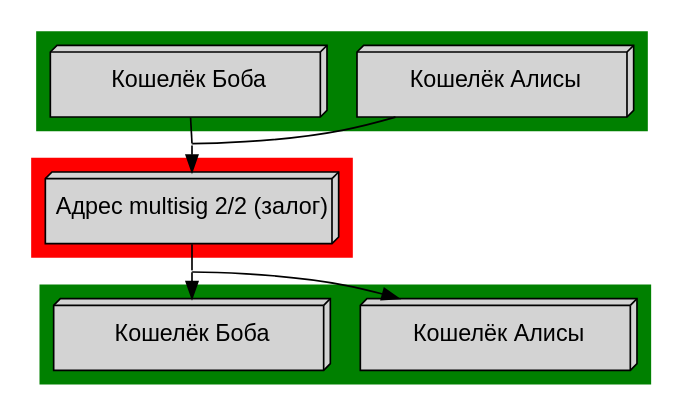
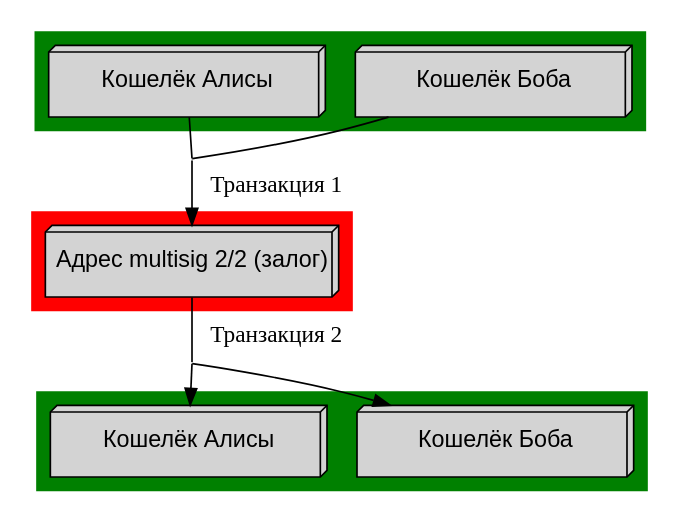
The diagram in multisig-escrow/escrow.dot (starius/harb-lapis), drawn with Graphviz before and after one commit.

Commit message:
escrow: labels "Tx. 1", "Tx. 2"

```diff
--- a/multisig-escrow/escrow.dot
+++ b/multisig-escrow/escrow.dot
@@ -1,39 +1,39 @@
 digraph G {
     ranksep=0.2;
     rankdir=TB;
 
     node [style=filled, shape=box3d,
         width=2.3, height=0.6, fontname="Arial"];
 
     subgraph cluster_inputs {
         style = filled;
         color = green;
         alice_input [label="Кошелёк Алисы"];
         bob_input [label="Кошелёк Боба"];
     }
 
     subgraph cluster_multisig {
         style = filled;
         color = red;
         multisig_address [label="Адрес multisig 2/2 (залог)"];
     }
 
     subgraph cluster_outputs {
         style = filled;
         color = green;
         alice_output [label="Кошелёк Алисы"];
         bob_output [label="Кошелёк Боба"];
     }
 
     node[shape=none, width=0, height=0, label=""];
     edge[dir=none];
     alice_input -> dummy_input;
     bob_input -> dummy_input;
     edge[dir=forward];
-    dummy_input -> multisig_address;
+    dummy_input -> multisig_address [label="Транзакция 1"];
     edge[dir=none];
-    multisig_address -> dummy_output;
+    multisig_address -> dummy_output [label="Транзакция 2"];
     edge[dir=forward];
     dummy_output -> alice_output;
     dummy_output -> bob_output;
 }
```
